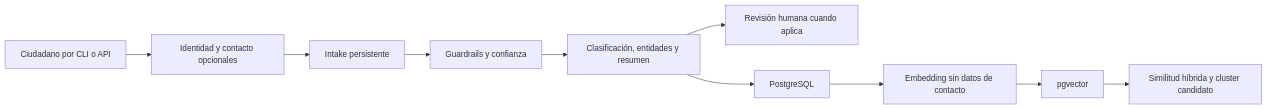
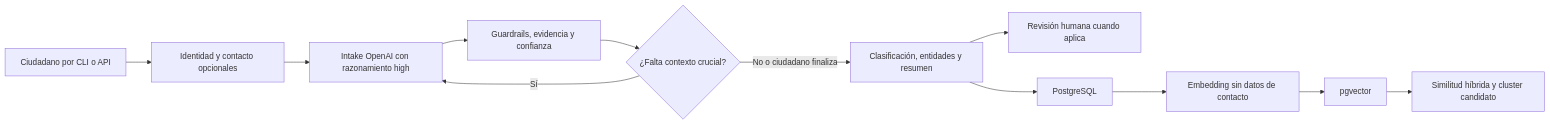
Before and after one commit to andazo/SGCIU: the first of 2 diagrams in docs/architecture.md, drawn with Mermaid. The commit also changed other lines of this file and 2 other files, not shown here.

Commit message:
Document the evidence-aware OpenAI citizen workflow

````diff
--- a/docs/architecture.md
+++ b/docs/architecture.md
@@ -14,12 +15,14 @@
 ```mermaid
 flowchart LR
     Citizen["Ciudadano por CLI o API"] --> Profile["Identidad y contacto opcionales"]
-    Profile --> Intake["Intake persistente"]
-    Intake --> Guardrails["Guardrails y confianza"]
-    Guardrails --> Analysis["Clasificación, entidades y resumen"]
+    Profile --> Intake["Intake OpenAI con razonamiento high"]
+    Intake --> Guardrails["Guardrails, evidencia y confianza"]
+    Guardrails --> FollowUp{"¿Falta contexto crucial?"}
+    FollowUp -->|Sí| Intake
+    FollowUp -->|No o ciudadano finaliza| Analysis["Clasificación, entidades y resumen"]
     Analysis --> Human["Revisión humana cuando aplica"]
     Analysis --> DB["PostgreSQL"]
     DB --> Embeddings["Embedding sin datos de contacto"]
     Embeddings --> Vector["pgvector"]
     Vector --> Cluster["Similitud híbrida y cluster candidato"]
 ```
````
